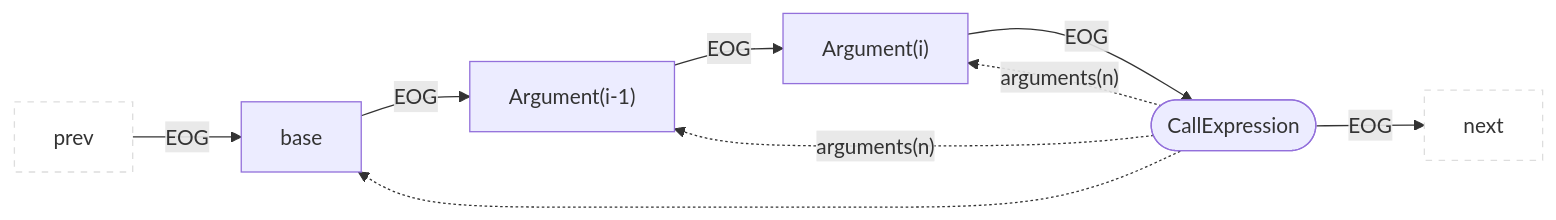
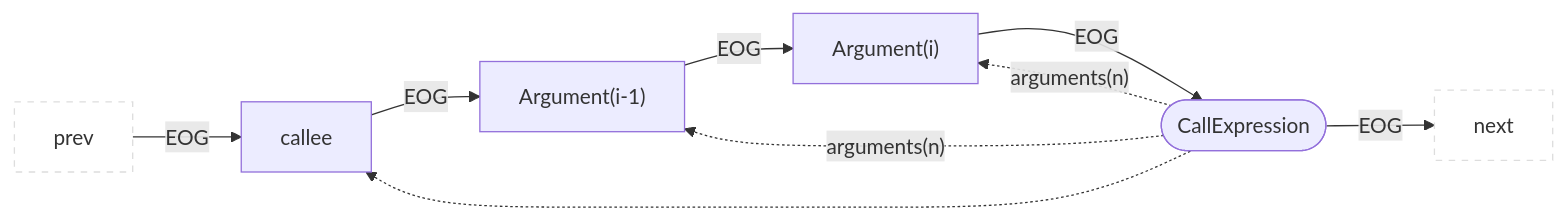
One commit to Fraunhofer-AISEC/cpg changed the fifth of 37 diagrams in cpg-core/specifications/eog.md. Above: the diagram before and after it, drawn with Mermaid. The commit also changed other lines of this file, not shown here.

Commit message:
Update eog.md
Correct CallExpression from having base as initial eog node to callee

````diff
--- a/cpg-core/specifications/eog.md
+++ b/cpg-core/specifications/eog.md
@@ -119,12 +119,12 @@
 ```mermaid
 flowchart LR
   classDef outer fill:#fff,stroke:#ddd,stroke-dasharray:5 5;
-  prev:::outer --EOG--> child["base"]
+  prev:::outer --EOG--> child["callee"]
   parent(["CallExpression"]) --EOG--> next:::outer
   child --EOG--> arg1["Argument(i-1)"]
   arg1--EOG--> arg2["Argument(i)"]
   arg2["Argument(i)"] --EOG--> parent
   parent -.-> child
   parent -."arguments(n)".-> arg1
   parent -."arguments(n)".-> arg2
 ```
````
